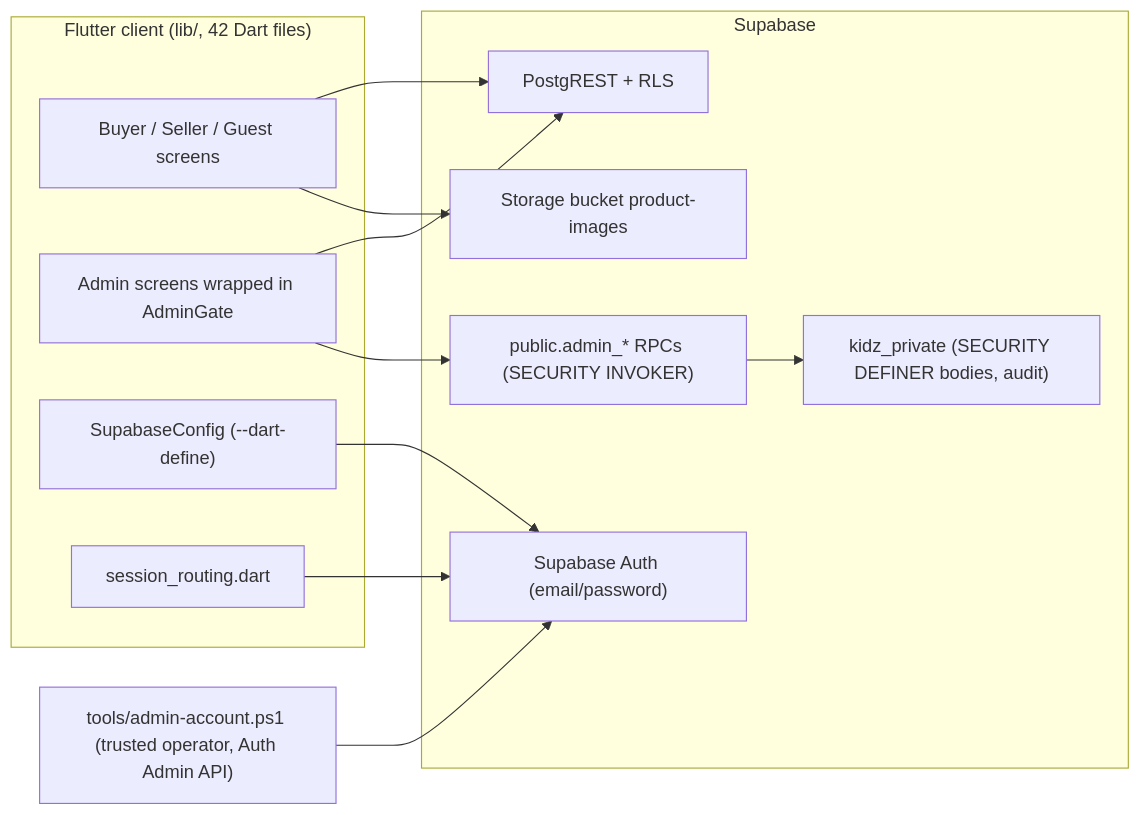
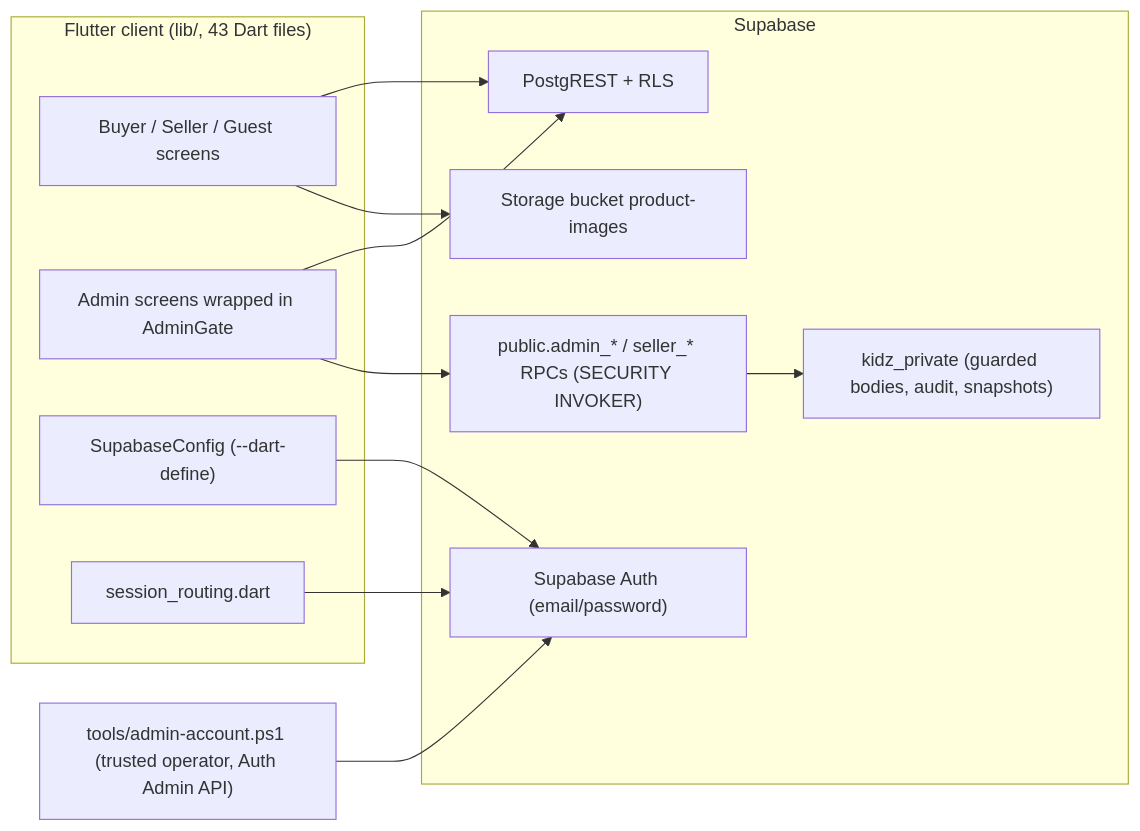
The diagram in docs/current-state-2026-11-06.md (TIME-00/kidz), drawn with Mermaid before and after one commit. The commit also changed other lines of this file and 17 other files, not shown here.

````diff
--- a/docs/current-state-2026-11-06.md
+++ b/docs/current-state-2026-11-06.md
@@ -19,24 +19,24 @@
 ```mermaid
 flowchart LR
-  subgraph Client["Flutter client (lib/, 42 Dart files)"]
+  subgraph Client["Flutter client (lib/, 43 Dart files)"]
     UI["Buyer / Seller / Guest screens"]
     ADM["Admin screens wrapped in AdminGate"]
     CFG["SupabaseConfig (--dart-define)"]
     SR["session_routing.dart"]
   end
   subgraph Supabase
     AUTH["Supabase Auth (email/password)"]
     REST["PostgREST + RLS"]
-    RPC["public.admin_* RPCs (SECURITY INVOKER)"]
-    PRIV["kidz_private (SECURITY DEFINER bodies, audit)"]
+    RPC["public.admin_* / seller_* RPCs (SECURITY INVOKER)"]
+    PRIV["kidz_private (guarded bodies, audit, snapshots)"]
     ST["Storage bucket product-images"]
   end
   OP["tools/admin-account.ps1 (trusted operator, Auth Admin API)"]
   UI --> REST
   UI --> ST
   ADM --> REST
   ADM --> RPC --> PRIV
   CFG --> AUTH
   SR --> AUTH
   OP --> AUTH
 ```
````
